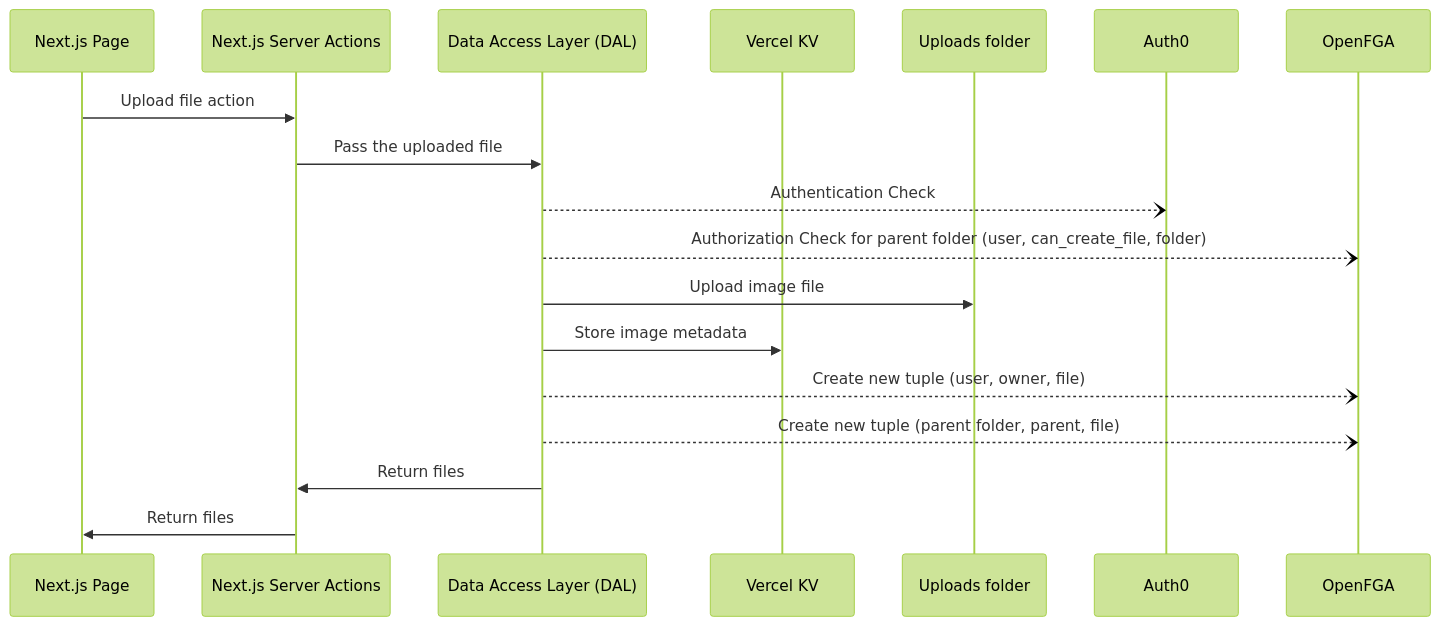
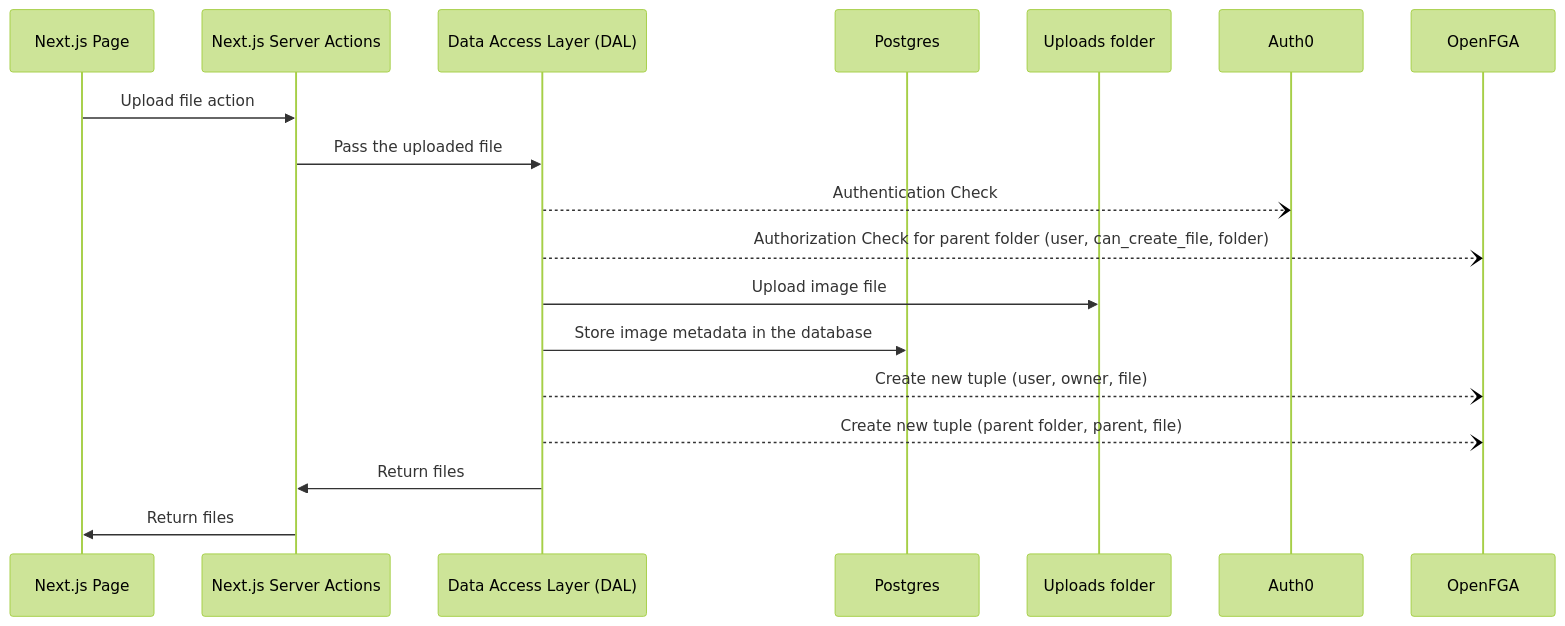
The third of 8 diagrams in README.md (oktadev/fga-drive-example), drawn with Mermaid (forest theme) before and after one commit. The commit also changed other lines of this file and 1 other file, not shown here.

Commit message:
Update readme with Postgres info

````diff
--- a/README.md
+++ b/README.md
@@ -241,20 +245,20 @@
 ```mermaid
 sequenceDiagram;
   participant Next.js Page
   participant Next.js Server Actions
   participant Data Access Layer (DAL)
-  participant Vercel KV
+  participant Postgres
   participant Uploads folder
   participant Auth0
   participant OpenFGA
   Next.js Page->>Next.js Server Actions: Upload file action
   Next.js Server Actions->>Data Access Layer (DAL): Pass the uploaded file
   Data Access Layer (DAL)--)Auth0: Authentication Check
   Data Access Layer (DAL)--)OpenFGA: Authorization Check for parent folder (user, can_create_file, folder)
   Data Access Layer (DAL)->>Uploads folder: Upload image file
-  Data Access Layer (DAL)->>Vercel KV: Store image metadata
+  Data Access Layer (DAL)->>Postgres: Store image metadata in the database
   Data Access Layer (DAL)--)OpenFGA: Create new tuple (user, owner, file)
   Data Access Layer (DAL)--)OpenFGA: Create new tuple (parent folder, parent, file)
   Data Access Layer (DAL)->>Next.js Server Actions: Return files
   Next.js Server Actions->>Next.js Page: Return files
 ```
````
